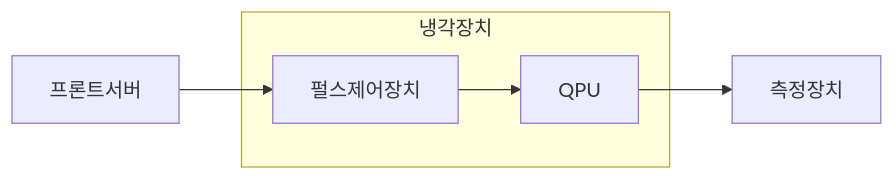
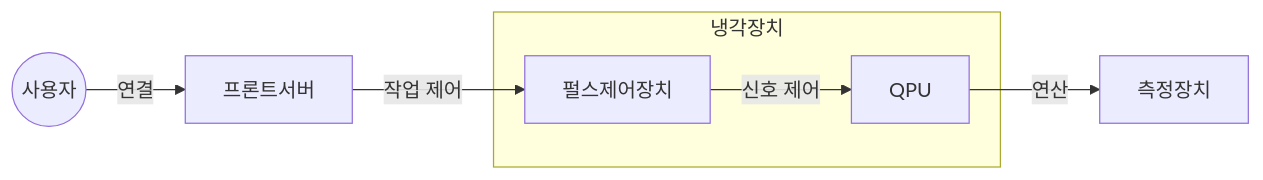
Before and after one commit to gracefullight/gracefullight.github.io: the diagram in blog/pe/conv/quantum-computer.md, drawn with Mermaid. The commit also changed 1 other file, not shown here.

Commit message:
docs: 📚️ fix

````diff
--- a/blog/pe/conv/quantum-computer.md
+++ b/blog/pe/conv/quantum-computer.md
@@ -26,10 +26,11 @@
 ```mermaid
 graph LR
-  프론트서버 --> 펄스제어장치
+  사용자((사용자))
+  사용자 -->|연결| 프론트서버 -->|작업 제어| 펄스제어장치
 
   subgraph 냉각장치
-    펄스제어장치 --> QPU
+    펄스제어장치 -->|신호 제어| QPU
   end
 
-  QPU --> 측정장치
+  QPU -->|연산| 측정장치
 ```
````
